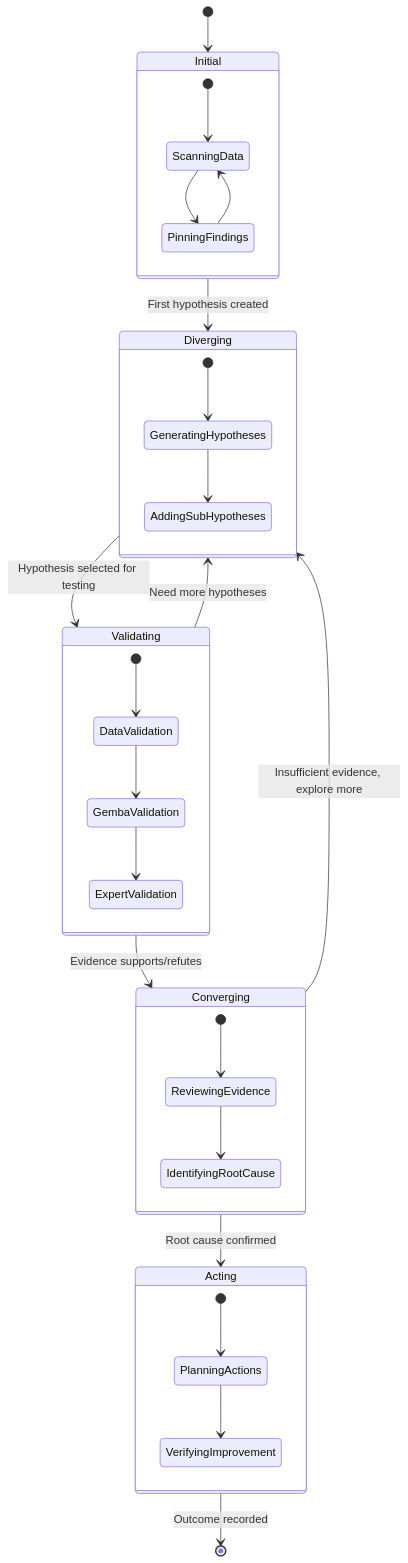
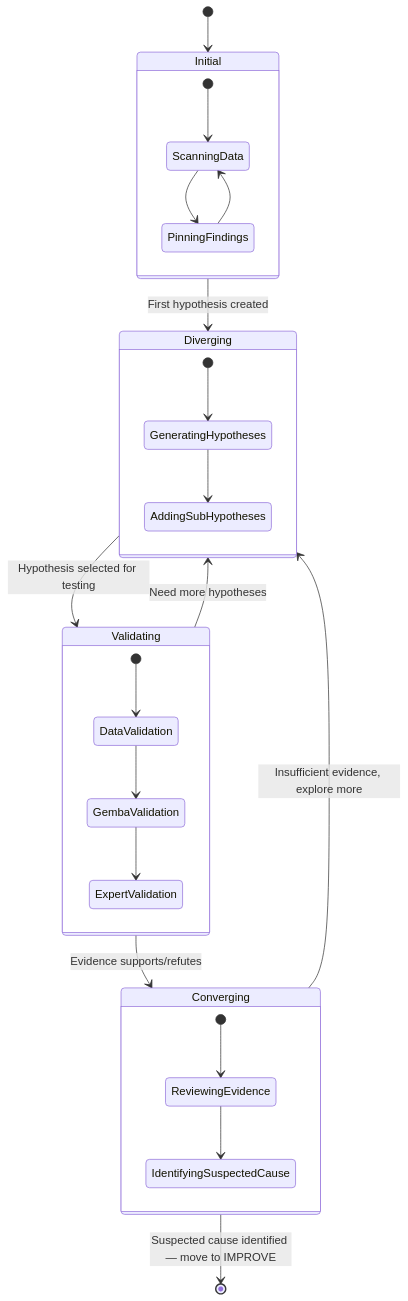
Before and after one commit to jukka-matti/variscout: the first of 3 diagrams in docs/03-features/workflows/investigation-lifecycle-map.md, drawn with Mermaid. The commit also changed other lines of this file and 15 other files, not shown here.

````diff
--- a/docs/03-features/workflows/investigation-lifecycle-map.md
+++ b/docs/03-features/workflows/investigation-lifecycle-map.md
@@ -23,38 +23,32 @@
 ```mermaid
 stateDiagram-v2
     [*] --> Initial
     Initial --> Diverging : First hypothesis created
     Diverging --> Validating : Hypothesis selected for testing
     Validating --> Diverging : Need more hypotheses
     Validating --> Converging : Evidence supports/refutes
     Converging --> Diverging : Insufficient evidence, explore more
-    Converging --> Acting : Root cause confirmed
-    Acting --> [*] : Outcome recorded
+    Converging --> [*] : Suspected cause identified — move to IMPROVE
 
     state Initial {
         [*] --> ScanningData
         ScanningData --> PinningFindings
         PinningFindings --> ScanningData
     }
 
     state Diverging {
         [*] --> GeneratingHypotheses
         GeneratingHypotheses --> AddingSubHypotheses
     }
 
     state Validating {
         [*] --> DataValidation
         DataValidation --> GembaValidation
         GembaValidation --> ExpertValidation
     }
 
     state Converging {
         [*] --> ReviewingEvidence
-        ReviewingEvidence --> IdentifyingRootCause
-    }
-
-    state Acting {
-        [*] --> PlanningActions
-        PlanningActions --> VerifyingImprovement
+        ReviewingEvidence --> IdentifyingSuspectedCause
     }
 ```
````
